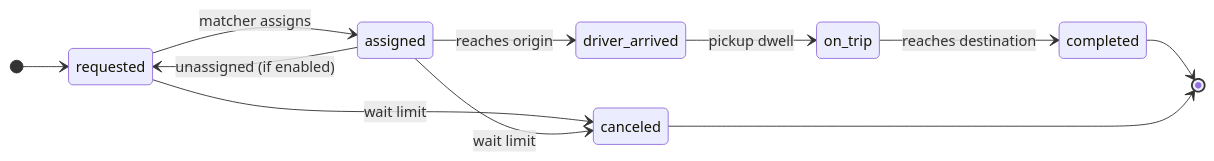
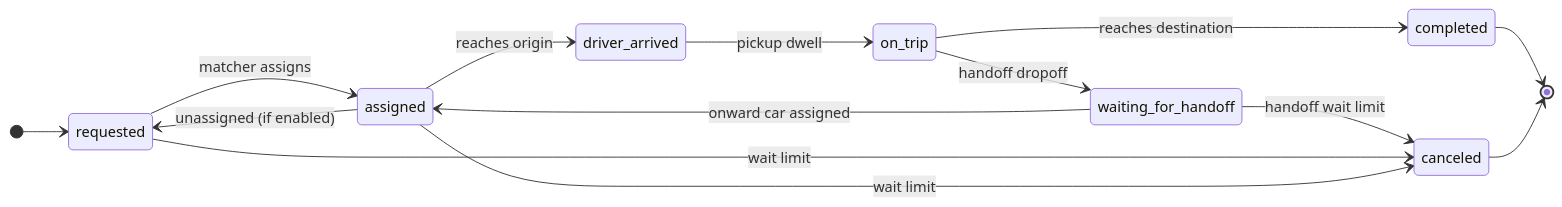
The diagram in docs/spec.md (realjonathanhester/open-ride-hailing-simulator), drawn with Mermaid before and after one commit. The commit also changed other lines of this file and 33 other files, not shown here.

First line of the commit message:
feature: add generic core handoff primitives with trip legs output

````diff
--- a/docs/spec.md
+++ b/docs/spec.md
@@ -135,14 +137,17 @@
 ```mermaid
 stateDiagram-v2
     direction LR
     [*] --> requested
     requested --> assigned: matcher assigns
     assigned --> requested: unassigned (if enabled)
     assigned --> driver_arrived: reaches origin
     driver_arrived --> on_trip: pickup dwell
     on_trip --> completed: reaches destination
+    on_trip --> waiting_for_handoff: handoff dropoff
+    waiting_for_handoff --> assigned: onward car assigned
+    waiting_for_handoff --> canceled: handoff wait limit
     requested --> canceled: wait limit
     assigned --> canceled: wait limit
     completed --> [*]
     canceled --> [*]
 ```
````
